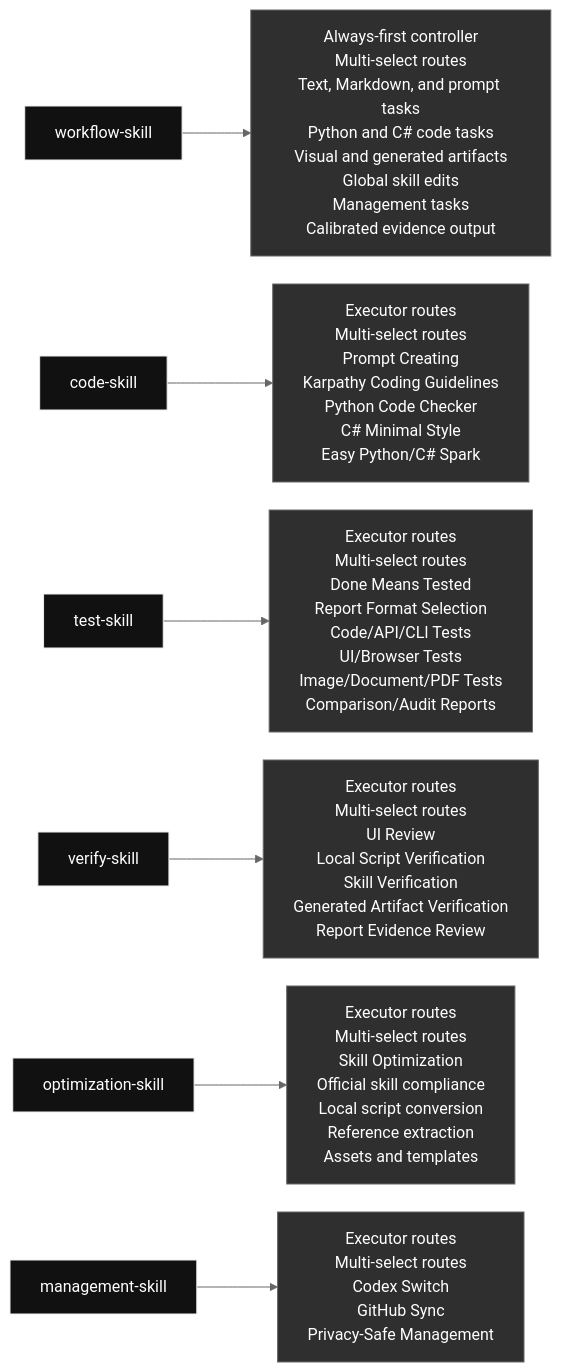
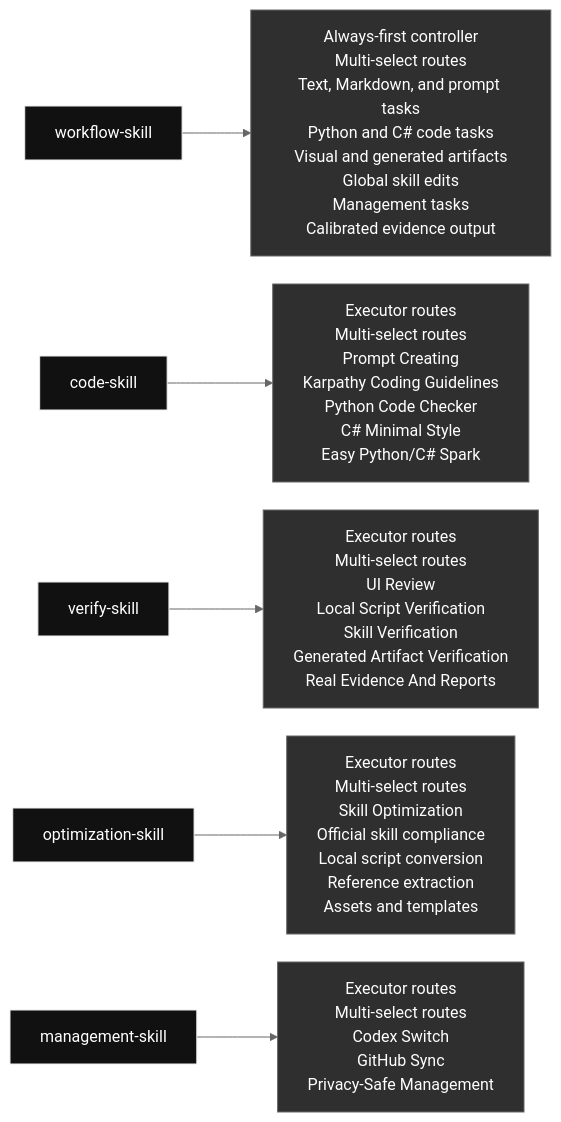
Before and after one commit to qinbatista/qin-codex-skills: the diagram in README.md, drawn with Mermaid (neutral theme). The commit also changed other lines of this file and 23 other files, not shown here.

````diff
--- a/README.md
+++ b/README.md
@@ -7,14 +7,13 @@
 ```mermaid
 %%{init: {"flowchart": {"nodeSpacing": 28, "rankSpacing": 54, "wrappingWidth": 240}}}%%
 flowchart LR
   skill_workflow_skill["workflow-skill"] --> inside_workflow_skill["Always-first controller<br/>Multi-select routes<br/>Text, Markdown, and prompt tasks<br/>Python and C# code tasks<br/>Visual and generated artifacts<br/>Global skill edits<br/>Management tasks<br/>Calibrated evidence output"]
   skill_code_skill["code-skill"] --> inside_code_skill["Executor routes<br/>Multi-select routes<br/>Prompt Creating<br/>Karpathy Coding Guidelines<br/>Python Code Checker<br/>C# Minimal Style<br/>Easy Python/C# Spark"]
-  skill_test_skill["test-skill"] --> inside_test_skill["Executor routes<br/>Multi-select routes<br/>Done Means Tested<br/>Report Format Selection<br/>Code/API/CLI Tests<br/>UI/Browser Tests<br/>Image/Document/PDF Tests<br/>Comparison/Audit Reports"]
-  skill_verify_skill["verify-skill"] --> inside_verify_skill["Executor routes<br/>Multi-select routes<br/>UI Review<br/>Local Script Verification<br/>Skill Verification<br/>Generated Artifact Verification<br/>Report Evidence Review"]
+  skill_verify_skill["verify-skill"] --> inside_verify_skill["Executor routes<br/>Multi-select routes<br/>UI Review<br/>Local Script Verification<br/>Skill Verification<br/>Generated Artifact Verification<br/>Real Evidence And Reports"]
   skill_optimization_skill["optimization-skill"] --> inside_optimization_skill["Executor routes<br/>Multi-select routes<br/>Skill Optimization<br/>Official skill compliance<br/>Local script conversion<br/>Reference extraction<br/>Assets and templates"]
   skill_management_skill["management-skill"] --> inside_management_skill["Executor routes<br/>Multi-select routes<br/>Codex Switch<br/>GitHub Sync<br/>Privacy-Safe Management"]
   classDef skill fill:#111,color:#fff,stroke:#eee;
   classDef content fill:#2f2f2f,color:#fff,stroke:#666;
-  class skill_workflow_skill,skill_code_skill,skill_test_skill,skill_verify_skill,skill_optimization_skill,skill_management_skill skill;
-  class inside_workflow_skill,inside_code_skill,inside_test_skill,inside_verify_skill,inside_optimization_skill,inside_management_skill content;
+  class skill_workflow_skill,skill_code_skill,skill_verify_skill,skill_optimization_skill,skill_management_skill skill;
+  class inside_workflow_skill,inside_code_skill,inside_verify_skill,inside_optimization_skill,inside_management_skill content;
 ```
````
